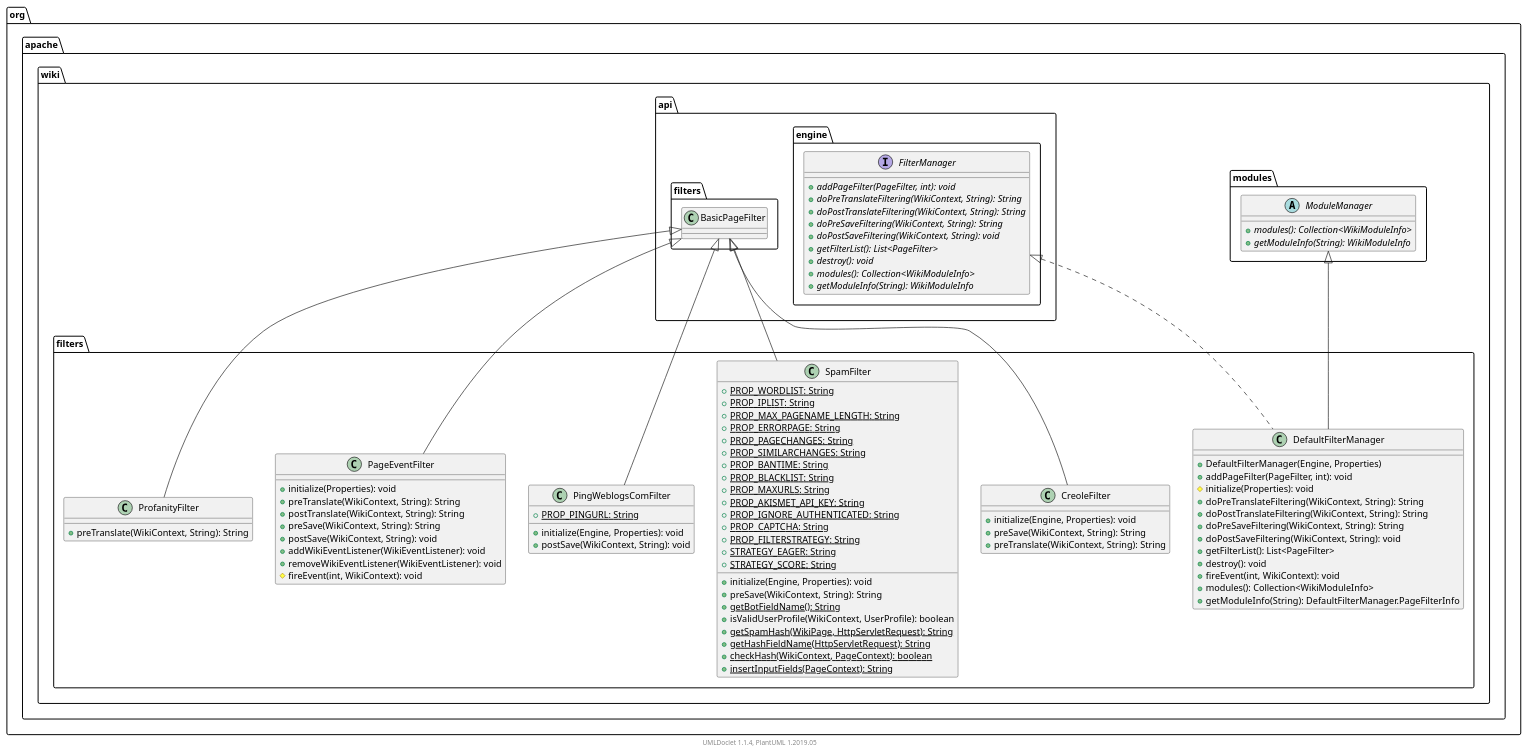
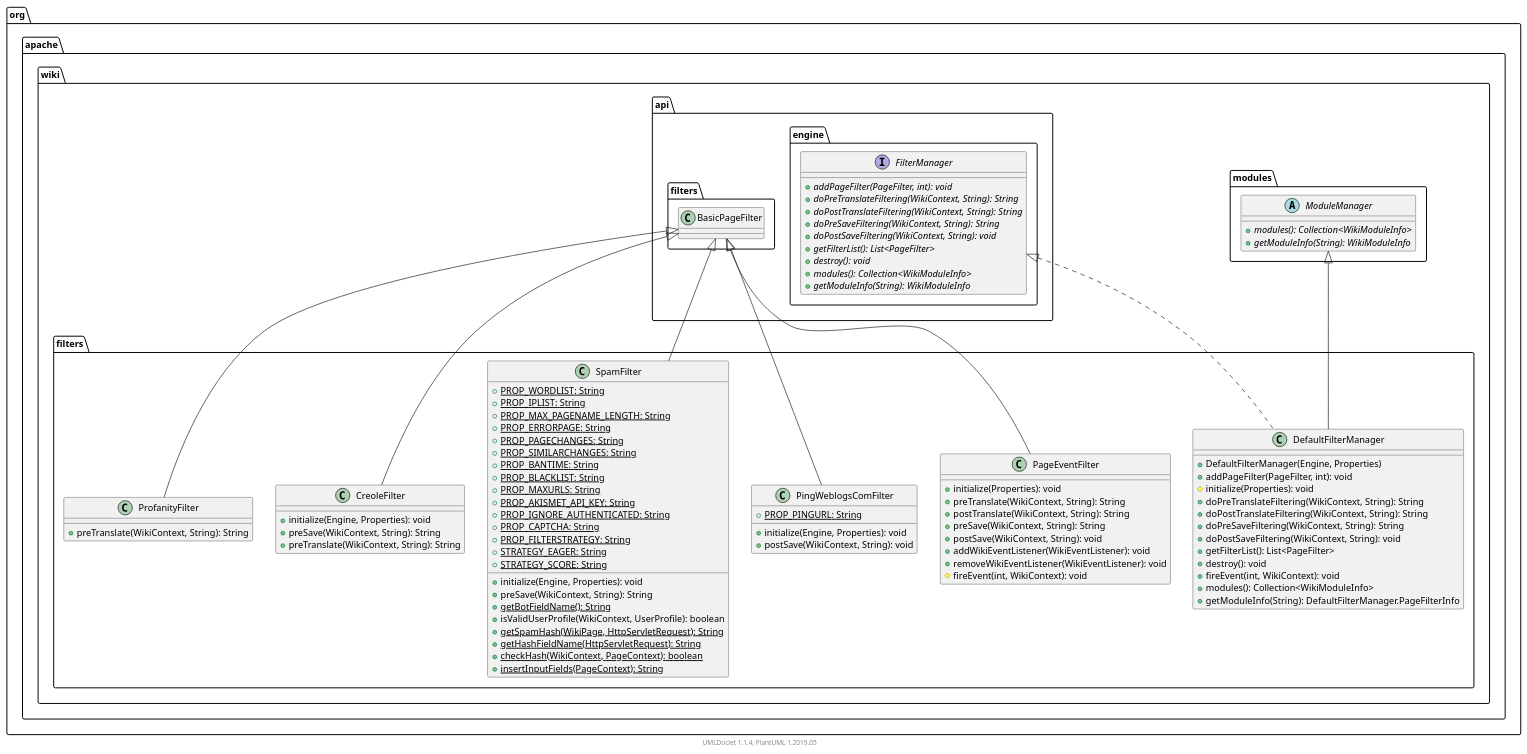
The diagram in apidocs/2.11.0.M7-SNAPSHOT/org/apache/wiki/filters/package.puml (apache/jspwiki-site), drawn with PlantUML before and after one commit. The commit also changed other lines of this file and 1217 other files, not shown here.

```diff
--- a/apidocs/2.11.0.M7-SNAPSHOT/org/apache/wiki/filters/package.puml
+++ b/apidocs/2.11.0.M7-SNAPSHOT/org/apache/wiki/filters/package.puml
@@ -1,107 +1,107 @@
 @startuml
 
     namespace org.apache.wiki.filters {
 
         class DefaultFilterManager [[DefaultFilterManager.html]] {
             +DefaultFilterManager(Engine, Properties)
             +addPageFilter(PageFilter, int): void
             #initialize(Properties): void
             +doPreTranslateFiltering(WikiContext, String): String
             +doPostTranslateFiltering(WikiContext, String): String
             +doPreSaveFiltering(WikiContext, String): String
             +doPostSaveFiltering(WikiContext, String): void
             +getFilterList(): List<PageFilter>
             +destroy(): void
             +fireEvent(int, WikiContext): void
             +modules(): Collection<WikiModuleInfo>
             +getModuleInfo(String): DefaultFilterManager.PageFilterInfo
         }
 
-        class CreoleFilter [[CreoleFilter.html]] {
+        class PageEventFilter [[PageEventFilter.html]] {
+            +initialize(Properties): void
+            +preTranslate(WikiContext, String): String
+            +postTranslate(WikiContext, String): String
+            +preSave(WikiContext, String): String
+            +postSave(WikiContext, String): void
+            +addWikiEventListener(WikiEventListener): void
+            +removeWikiEventListener(WikiEventListener): void
+            #fireEvent(int, WikiContext): void
+        }
+
+        class PingWeblogsComFilter [[PingWeblogsComFilter.html]] {
+            {static} +PROP_PINGURL: String
             +initialize(Engine, Properties): void
-            +preSave(WikiContext, String): String
-            +preTranslate(WikiContext, String): String
+            +postSave(WikiContext, String): void
         }
 
         class SpamFilter [[SpamFilter.html]] {
             {static} +PROP_WORDLIST: String
             {static} +PROP_IPLIST: String
             {static} +PROP_MAX_PAGENAME_LENGTH: String
             {static} +PROP_ERRORPAGE: String
             {static} +PROP_PAGECHANGES: String
             {static} +PROP_SIMILARCHANGES: String
             {static} +PROP_BANTIME: String
             {static} +PROP_BLACKLIST: String
             {static} +PROP_MAXURLS: String
             {static} +PROP_AKISMET_API_KEY: String
             {static} +PROP_IGNORE_AUTHENTICATED: String
             {static} +PROP_CAPTCHA: String
             {static} +PROP_FILTERSTRATEGY: String
             {static} +STRATEGY_EAGER: String
             {static} +STRATEGY_SCORE: String
             +initialize(Engine, Properties): void
             +preSave(WikiContext, String): String
             {static} +getBotFieldName(): String
             +isValidUserProfile(WikiContext, UserProfile): boolean
             {static} +getSpamHash(WikiPage, HttpServletRequest): String
             {static} +getHashFieldName(HttpServletRequest): String
             {static} +checkHash(WikiContext, PageContext): boolean
             {static} +insertInputFields(PageContext): String
         }
 
-        class PingWeblogsComFilter [[PingWeblogsComFilter.html]] {
-            {static} +PROP_PINGURL: String
+        class CreoleFilter [[CreoleFilter.html]] {
             +initialize(Engine, Properties): void
-            +postSave(WikiContext, String): void
-        }
-
-        class PageEventFilter [[PageEventFilter.html]] {
-            +initialize(Properties): void
+            +preSave(WikiContext, String): String
             +preTranslate(WikiContext, String): String
-            +postTranslate(WikiContext, String): String
-            +preSave(WikiContext, String): String
-            +postSave(WikiContext, String): void
-            +addWikiEventListener(WikiEventListener): void
-            +removeWikiEventListener(WikiEventListener): void
-            #fireEvent(int, WikiContext): void
         }
 
         class ProfanityFilter [[ProfanityFilter.html]] {
             +preTranslate(WikiContext, String): String
         }
 
         abstract class org.apache.wiki.modules.ModuleManager {
             {abstract} +modules(): Collection<WikiModuleInfo>
             {abstract} +getModuleInfo(String): WikiModuleInfo
         }
         org.apache.wiki.modules.ModuleManager <|-- DefaultFilterManager
 
         interface org.apache.wiki.api.engine.FilterManager {
             {abstract} +addPageFilter(PageFilter, int): void
             {abstract} +doPreTranslateFiltering(WikiContext, String): String
             {abstract} +doPostTranslateFiltering(WikiContext, String): String
             {abstract} +doPreSaveFiltering(WikiContext, String): String
             {abstract} +doPostSaveFiltering(WikiContext, String): void
             {abstract} +getFilterList(): List<PageFilter>
             {abstract} +destroy(): void
             {abstract} +modules(): Collection<WikiModuleInfo>
             {abstract} +getModuleInfo(String): WikiModuleInfo
         }
         org.apache.wiki.api.engine.FilterManager <|.. DefaultFilterManager
 
         class org.apache.wiki.api.filters.BasicPageFilter
-        org.apache.wiki.api.filters.BasicPageFilter <|-- CreoleFilter
+        org.apache.wiki.api.filters.BasicPageFilter <|-- PageEventFilter
+
+        org.apache.wiki.api.filters.BasicPageFilter <|-- PingWeblogsComFilter
 
         org.apache.wiki.api.filters.BasicPageFilter <|-- SpamFilter
 
-        org.apache.wiki.api.filters.BasicPageFilter <|-- PingWeblogsComFilter
-
-        org.apache.wiki.api.filters.BasicPageFilter <|-- PageEventFilter
+        org.apache.wiki.api.filters.BasicPageFilter <|-- CreoleFilter
 
         org.apache.wiki.api.filters.BasicPageFilter <|-- ProfanityFilter
 
     }
 
 
     center footer UMLDoclet 1.1.4, PlantUML 1.2019.05
 @enduml
```
